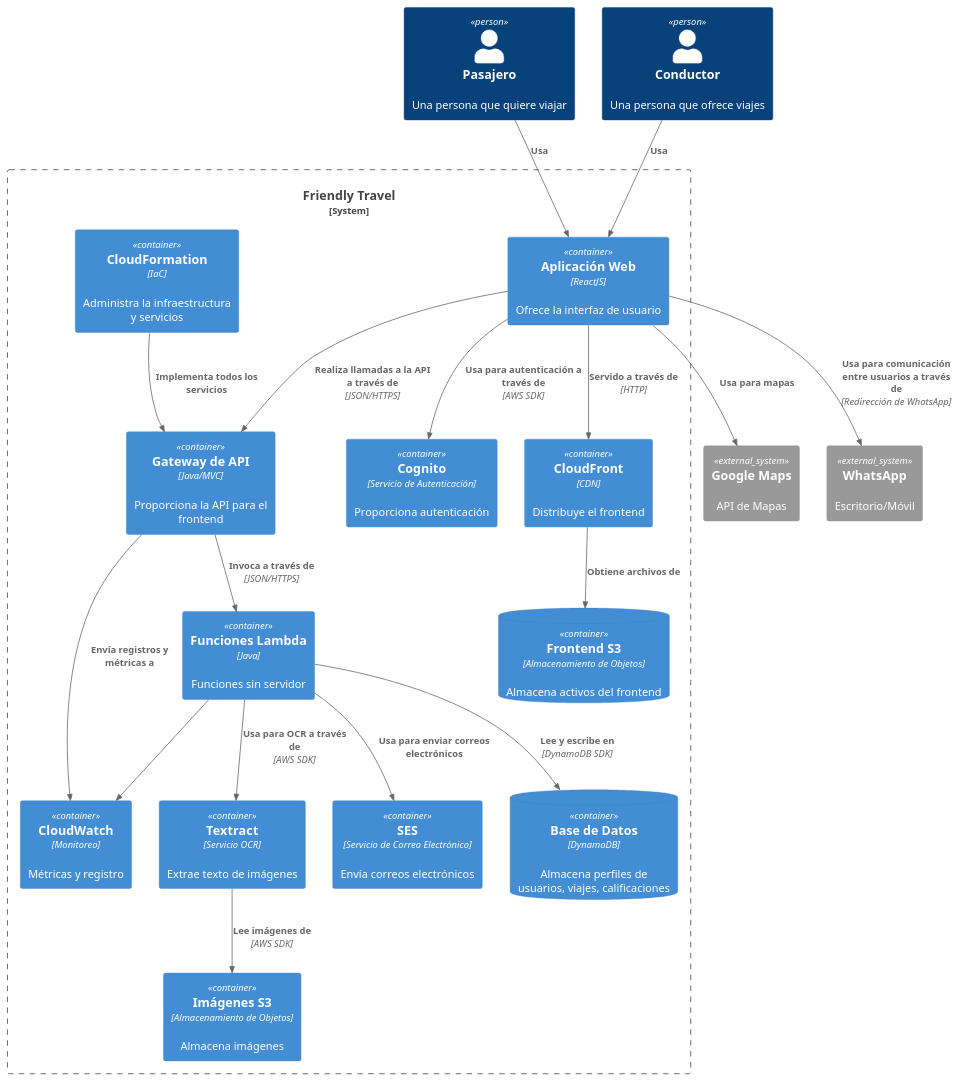
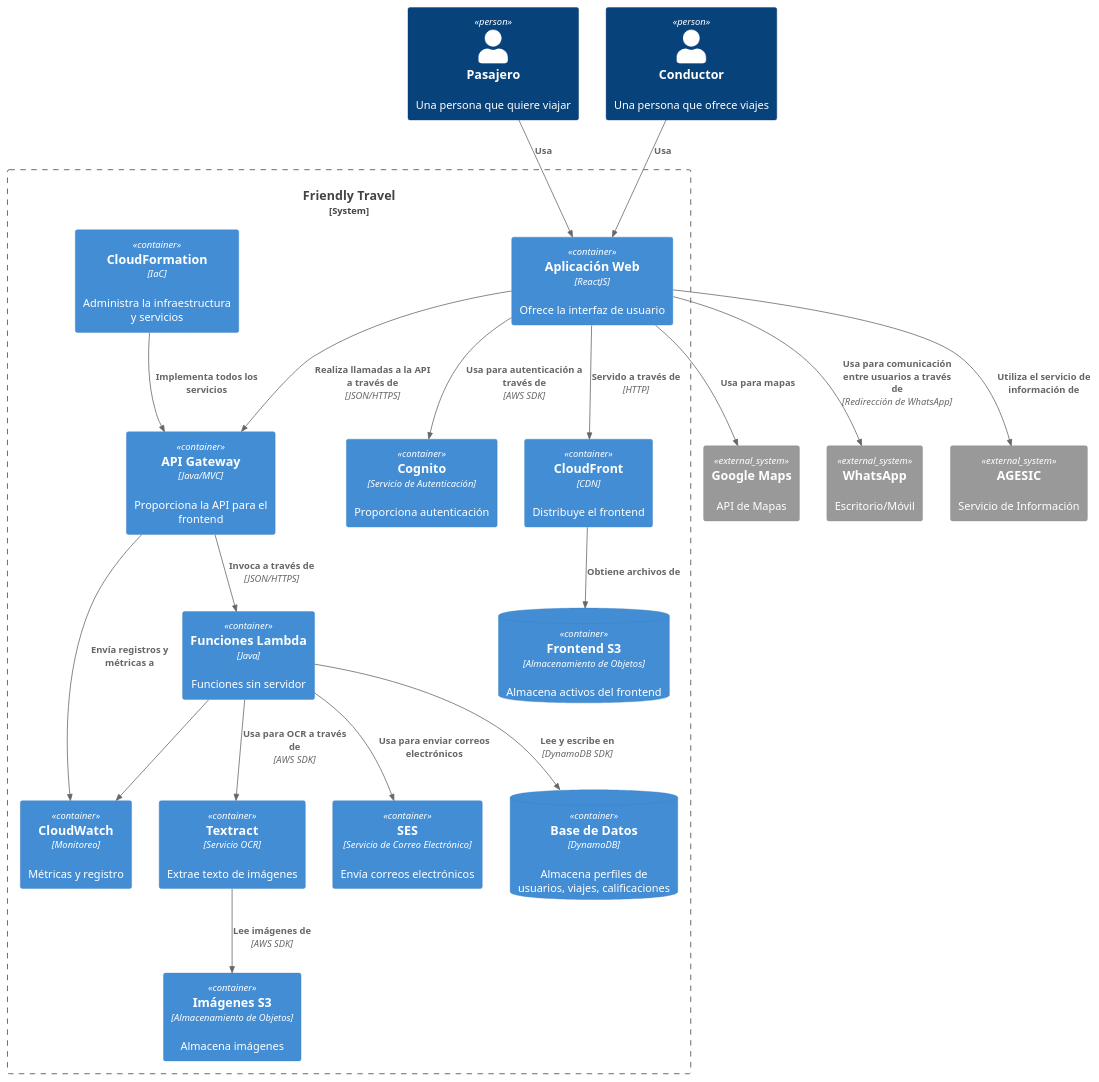
Before and after one commit to rodrisu/friendlytravel.github.io: the diagram in Diagrams/C4_Container.puml, drawn with PlantUML. The commit also changed 1 other file, not shown here.

Commit message:
se actualizan diagramas con el nuevo servicio

```diff
--- a/Diagrams/C4_Container.puml
+++ b/Diagrams/C4_Container.puml
@@ -1,69 +1,71 @@
 @startuml FriendlyTravel_Container
 
 !include https://raw.githubusercontent.com/plantuml-stdlib/C4-PlantUML/master/C4_Container.puml
 
 Person(pasajero, "Pasajero", "Una persona que quiere viajar")
 Person(conductor, "Conductor", "Una persona que ofrece viajes")
 
 System_Boundary(c1, "Friendly Travel") {
 
     ContainerDb(frontend_s3, "Frontend S3", "Almacenamiento de Objetos", "Almacena activos del frontend")
 
     Container(cloudfront, "CloudFront", "CDN", "Distribuye el frontend")
 
     Container(web_app, "Aplicación Web", "ReactJS", "Ofrece la interfaz de usuario")
 
-    Container(api, "Gateway de API", "Java/MVC", "Proporciona la API para el frontend")
+    Container(api, "API Gateway", "Java/MVC", "Proporciona la API para el frontend")
 
     ContainerDb(db, "Base de Datos", "DynamoDB", "Almacena perfiles de usuarios, viajes, calificaciones")
 
     Container(lambda, "Funciones Lambda", "Java", "Funciones sin servidor")
 
     Container(textract, "Textract", "Servicio OCR", "Extrae texto de imágenes")
 
     Container(images_s3, "Imágenes S3", "Almacenamiento de Objetos", "Almacena imágenes")
 
     Container(cognito, "Cognito", "Servicio de Autenticación", "Proporciona autenticación")
 
     Container(cloudwatch, "CloudWatch", "Monitoreo", "Métricas y registro")
 
     Container(ses, "SES", "Servicio de Correo Electrónico", "Envía correos electrónicos")
 
     Container(cloudformation, "CloudFormation", "IaC", "Administra la infraestructura y servicios")
 
     Rel(web_app, cloudfront, "Servido a través de", "HTTP")
 
     Rel(cloudfront, frontend_s3, "Obtiene archivos de")
 
     Rel(web_app, api, "Realiza llamadas a la API a través de", "JSON/HTTPS")
 
     Rel(web_app, cognito, "Usa para autenticación a través de", "AWS SDK")
 
     Rel(api, lambda, "Invoca a través de", "JSON/HTTPS")
 
     Rel(lambda, textract, "Usa para OCR a través de", "AWS SDK")
 
     Rel(textract, images_s3, "Lee imágenes de", "AWS SDK")
 
     Rel(lambda, db, "Lee y escribe en", "DynamoDB SDK")
 
     Rel(lambda, cloudwatch, "")
 
     Rel(api, cloudwatch, "Envía registros y métricas a")
 
     Rel(lambda, ses, "Usa para enviar correos electrónicos")
 
     Rel(cloudformation, api, "Implementa todos los servicios")
 
 }
 
 System_Ext(googlemaps, "Google Maps", "API de Mapas")
 System_Ext(whatsapp, "WhatsApp", "Escritorio/Móvil")
+System_Ext(agesic, "AGESIC", "Servicio de Información")
 
 Rel(web_app, googlemaps, "Usa para mapas")
 Rel(web_app, whatsapp, "Usa para comunicación entre usuarios a través de", "Redirección de WhatsApp")
+Rel(web_app, agesic, "Utiliza el servicio de información de")
 
 Rel(pasajero, web_app, "Usa")
 Rel(conductor, web_app, "Usa")
 
 @enduml
```
